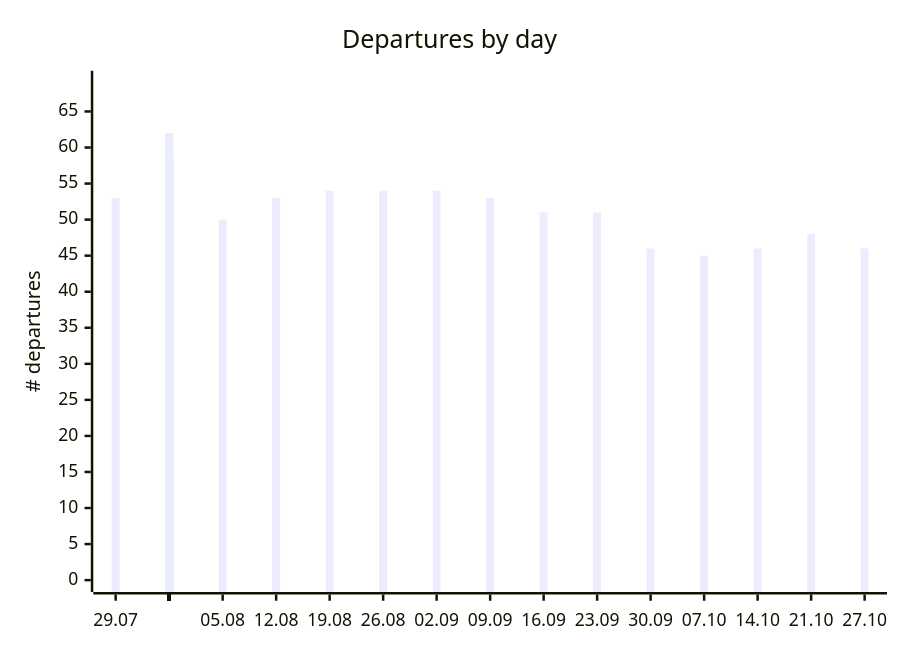
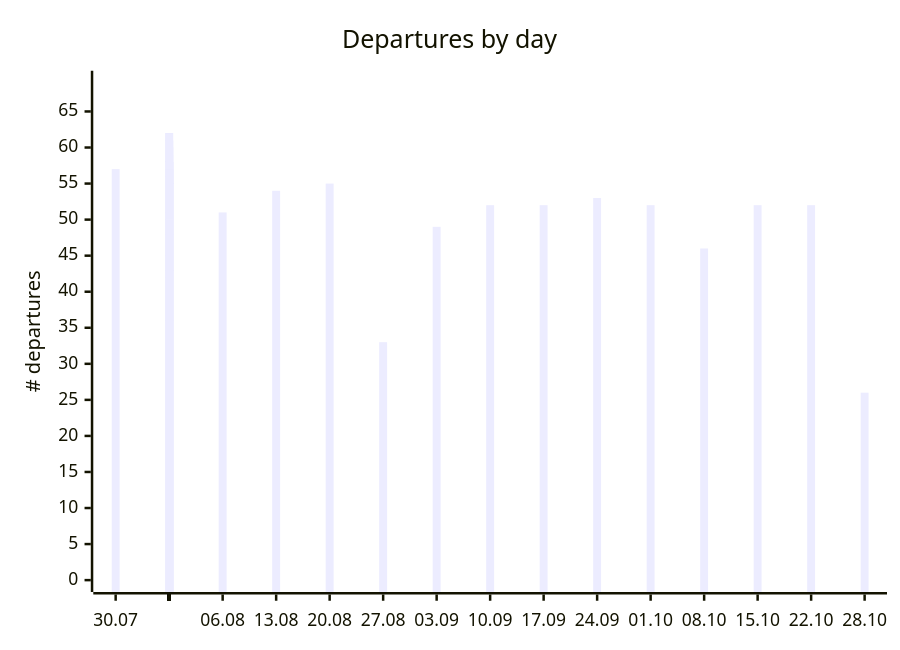
The first of 2 diagrams in README.md (rainermesi/tll-airport-departures), drawn with Mermaid before and after one commit. The commit also changed other lines of this file and 3 other files, not shown here.

````diff
--- a/README.md
+++ b/README.md
@@ -37,12 +37,12 @@
 ```mermaid
 ---
 xyChart:
     xAxis:
       labelFontSize: 8
 ---
 xychart-beta
     title "Departures by day"
-    x-axis ["29.07", " ", " ", " ", " ", " ", " ", "05.08", " ", " ", " ", " ", " ", " ", "12.08", " ", " ", " ", " ", " ", " ", "19.08", " ", " ", " ", " ", " ", " ", "26.08", " ", " ", " ", " ", " ", " ", "02.09", " ", " ", " ", " ", " ", " ", "09.09", " ", " ", " ", " ", " ", " ", "16.09", " ", " ", " ", " ", " ", " ", "23.09", " ", " ", " ", " ", " ", " ", "30.09", " ", " ", " ", " ", " ", " ", "07.10", " ", " ", " ", " ", " ", " ", "14.10", " ", " ", " ", " ", " ", " ", "21.10", " ", " ", " ", " ", "27.10"]
+    x-axis ["30.07", " ", " ", " ", " ", " ", " ", "06.08", " ", " ", " ", " ", " ", " ", "13.08", " ", " ", " ", " ", " ", " ", "20.08", " ", " ", " ", " ", " ", " ", "27.08", " ", " ", " ", " ", " ", " ", "03.09", " ", " ", " ", " ", " ", " ", "10.09", " ", " ", " ", " ", " ", " ", "17.09", " ", " ", " ", " ", " ", " ", "24.09", " ", " ", " ", " ", " ", " ", "01.10", " ", " ", " ", " ", " ", " ", "08.10", " ", " ", " ", " ", " ", " ", "15.10", " ", " ", " ", " ", " ", " ", "22.10", " ", " ", " ", " ", "28.10"]
     y-axis "# departures" 0 --> 69
-    bar [53, 57, 60, 42, 56, 55, 44, 50, 51, 62, 45, 57, 58, 43, 53, 54, 61, 48, 57, 60, 46, 54, 55, 60, 43, 58, 58, 48, 54, 33, 32, 34, 52, 54, 45, 54, 49, 62, 42, 56, 57, 48, 53, 52, 61, 44, 54, 56, 47, 51, 52, 59, 43, 52, 55, 46, 51, 53, 57, 40, 48, 54, 42, 46, 52, 54, 40, 48, 50, 36, 45, 46, 53, 35, 49, 50, 34, 46, 52, 58, 44, 55, 56, 46, 48, 52, 57, 46, 50, 46]
+    bar [57, 60, 42, 56, 55, 44, 50, 51, 62, 45, 57, 58, 43, 53, 54, 61, 48, 57, 60, 46, 54, 55, 60, 43, 58, 58, 48, 54, 33, 32, 34, 52, 54, 45, 54, 49, 62, 42, 56, 57, 48, 53, 52, 61, 44, 54, 56, 47, 51, 52, 59, 43, 52, 55, 46, 51, 53, 57, 40, 48, 54, 42, 46, 52, 54, 40, 48, 50, 36, 45, 46, 53, 35, 49, 50, 34, 46, 52, 58, 44, 55, 56, 46, 48, 52, 57, 46, 50, 46, 26]
 ```
````
